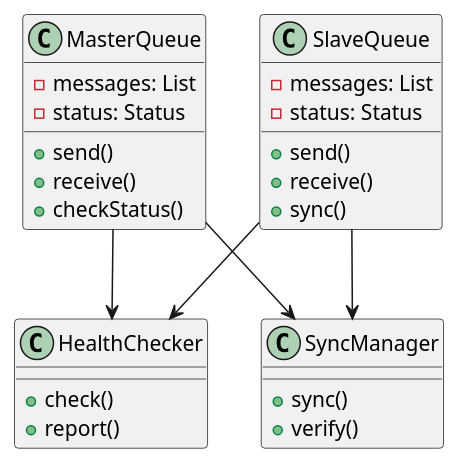
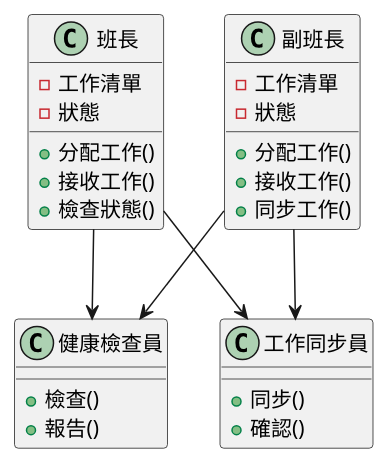
Before and after one commit to fine5351/info-sync: the second of 3 diagrams in doc/learning/architecture/message_queue_ha_tutorial.md, drawn with PlantUML. The commit also changed other lines of this file and 35 other files, not shown here.

````diff
--- a/doc/learning/architecture/message_queue_ha_tutorial.md
+++ b/doc/learning/architecture/message_queue_ha_tutorial.md
@@ -221,34 +221,34 @@
 ```plantuml
 @startuml
-class MasterQueue {
-    - messages: List
-    - status: Status
-    + send()
-    + receive()
-    + checkStatus()
+class 班長 {
+    - 工作清單
+    - 狀態
+    + 分配工作()
+    + 接收工作()
+    + 檢查狀態()
 }
 
-class SlaveQueue {
-    - messages: List
-    - status: Status
-    + send()
-    + receive()
-    + sync()
+class 副班長 {
+    - 工作清單
+    - 狀態
+    + 分配工作()
+    + 接收工作()
+    + 同步工作()
 }
 
-class HealthChecker {
-    + check()
-    + report()
+class 健康檢查員 {
+    + 檢查()
+    + 報告()
 }
 
-class SyncManager {
-    + sync()
-    + verify()
+class 工作同步員 {
+    + 同步()
+    + 確認()
 }
 
-MasterQueue --> HealthChecker
-SlaveQueue --> HealthChecker
-MasterQueue --> SyncManager
-SlaveQueue --> SyncManager
+班長 --> 健康檢查員
+副班長 --> 健康檢查員
+班長 --> 工作同步員
+副班長 --> 工作同步員
 @enduml
 ```
````
